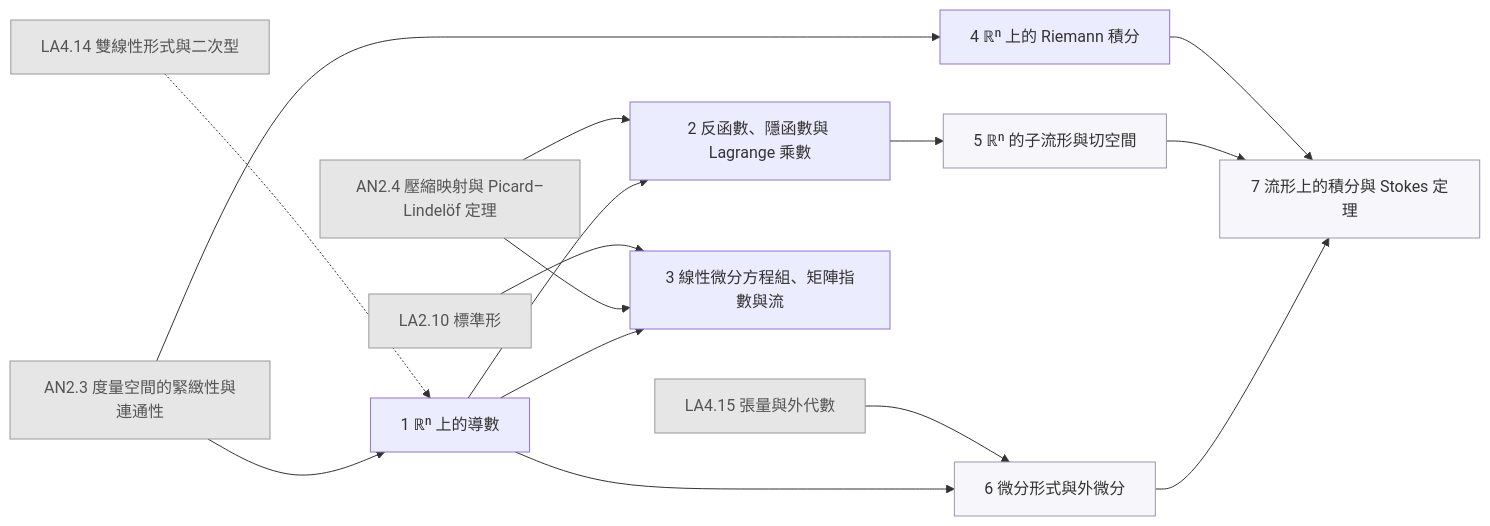
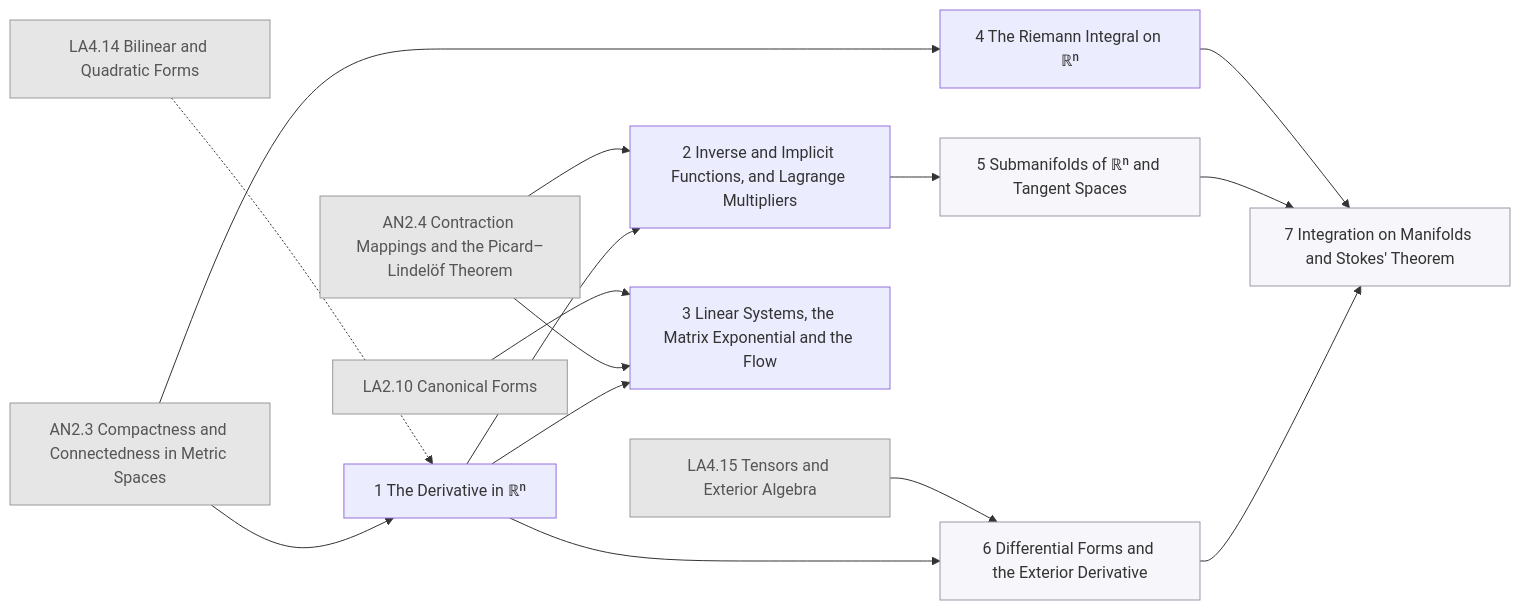
Before and after one commit to AkizumiFox/math-atlas: diagram 12 of 26 in generated/README.md, drawn with Mermaid. The commit also changed other lines of this file and 36 other files, not shown here.

````diff
--- a/generated/README.md
+++ b/generated/README.md
@@ -325,32 +324,32 @@
 ```mermaid
 flowchart LR
-  LA2_10["LA2.10 標準形"]:::ext
-  LA4_14["LA4.14 雙線性形式與二次型"]:::ext
-  LA4_15["LA4.15 張量與外代數"]:::ext
-  AN2_3["AN2.3 度量空間的緊緻性與連通性"]:::ext
-  AN2_4["AN2.4 壓縮映射與 Picard–Lindelöf 定理"]:::ext
-  AN3_1["1 ℝⁿ 上的導數"]
-  AN3_2["2 反函數、隱函數與 Lagrange 乘數"]
-  AN3_3["3 線性微分方程組、矩陣指數與流"]
-  AN3_4["4 ℝⁿ 上的 Riemann 積分"]
-  AN3_5["5 ℝⁿ 的子流形與切空間"]:::segb
-  AN3_6["6 微分形式與外微分"]:::segb
-  AN3_7["7 流形上的積分與 Stokes 定理"]:::segb
+  LA2_10["LA2.10 Canonical Forms"]:::ext
+  LA4_14["LA4.14 Bilinear and Quadratic Forms"]:::ext
+  LA4_15["LA4.15 Tensors and Exterior Algebra"]:::ext
+  AN2_3["AN2.3 Compactness and Connectedness in Metric Spaces"]:::ext
+  AN2_4["AN2.4 Contraction Mappings and the Picard–Lindelöf Theorem"]:::ext
+  AN3_1["1 The Derivative in ℝⁿ"]
+  AN3_2["2 Inverse and Implicit Functions, and Lagrange Multipliers"]
+  AN3_3["3 Linear Systems, the Matrix Exponential and the Flow"]
+  AN3_4["4 The Riemann Integral on ℝⁿ"]
+  AN3_5["5 Submanifolds of ℝⁿ and Tangent Spaces"]:::segb
+  AN3_6["6 Differential Forms and the Exterior Derivative"]:::segb
+  AN3_7["7 Integration on Manifolds and Stokes' Theorem"]:::segb
   LA4_14 -.-> AN3_1
   AN2_3 --> AN3_1
   AN2_4 --> AN3_2
   AN3_1 --> AN3_2
   LA2_10 --> AN3_3
   AN2_4 --> AN3_3
   AN3_1 --> AN3_3
   AN2_3 --> AN3_4
   AN3_2 --> AN3_5
   LA4_15 --> AN3_6
   AN3_1 --> AN3_6
   AN3_4 --> AN3_7
   AN3_5 --> AN3_7
   AN3_6 --> AN3_7
   classDef ext fill:#e6e6e6,stroke:#999,color:#555
   classDef opt fill:#fff,stroke:#999,stroke-dasharray:4 3,color:#555
   classDef segb fill:#f6f6fb,stroke:#99a,color:#333
 ```
````
